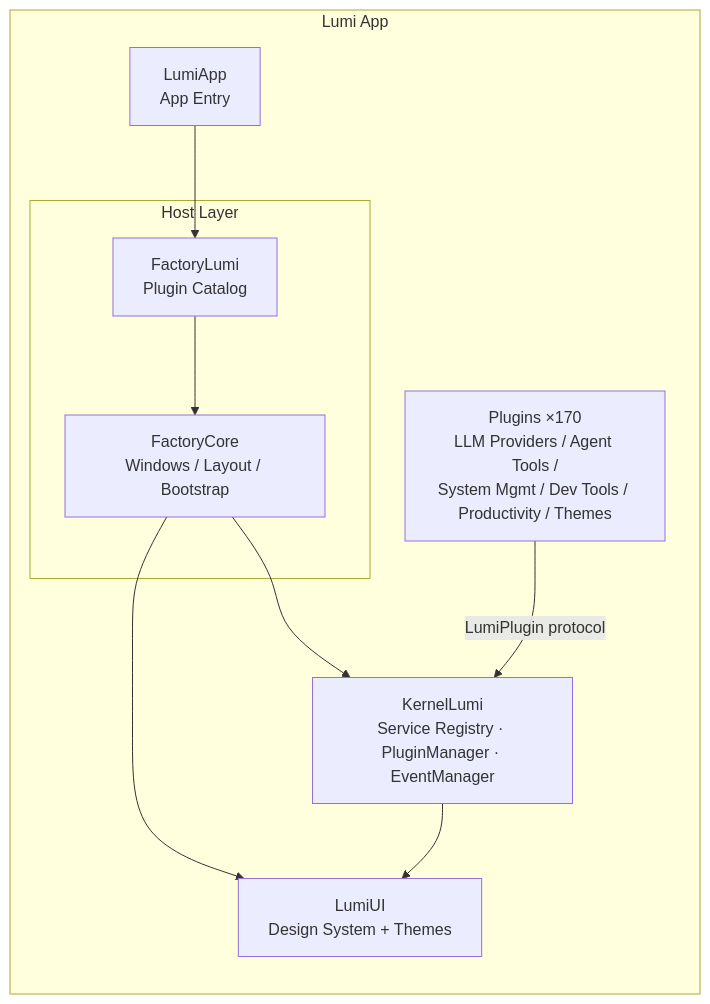
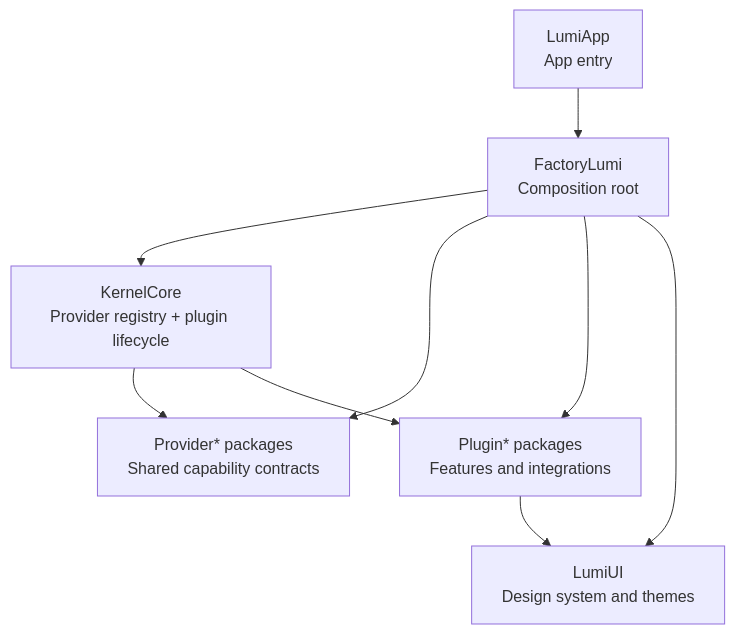
The first of 2 diagrams in README.md (CofficLab/Lumi), drawn with Mermaid before and after one commit. The commit also changed other lines of this file and 1 other file, not shown here.

````diff
--- a/README.md
+++ b/README.md
@@ -36,20 +37,18 @@
 ```mermaid
-graph BT
-    subgraph "Lumi App"
-        APP[LumiApp<br/>App Entry]
-        subgraph "Host Layer"
-            FL[FactoryLumi<br/>Plugin Catalog]
-            FC[FactoryCore<br/>Windows / Layout / Bootstrap]
-        end
-        K[KernelLumi<br/>Service Registry · PluginManager · EventManager]
-        P[Plugins ×170<br/>LLM Providers / Agent Tools /<br/>System Mgmt / Dev Tools / Productivity / Themes]
-        UI[LumiUI<br/>Design System + Themes]
-    end
+graph TB
+    APP[LumiApp<br/>App entry]
+    FL[FactoryLumi<br/>Composition root]
+    K[KernelCore<br/>Provider registry + plugin lifecycle]
+    PF[Provider* packages<br/>Shared capability contracts]
+    PL[Plugin* packages<br/>Features and integrations]
+    UI[LumiUI<br/>Design system and themes]
 
     APP --> FL
-    FL --> FC
-    FC --> K
-    P -->|LumiPlugin protocol| K
-    K --> UI
-    FC --> UI
+    FL --> K
+    FL --> PF
+    FL --> PL
+    K --> PF
+    K --> PL
+    FL --> UI
+    PL --> UI
 ```
````
